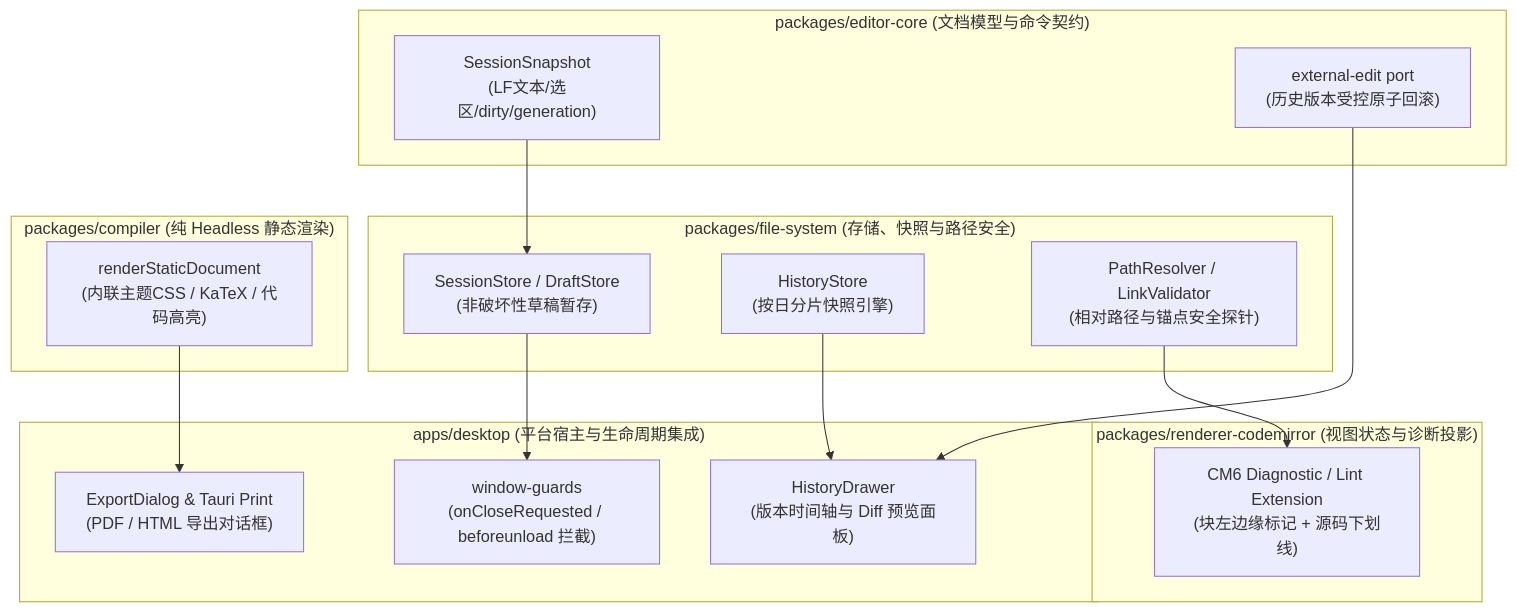
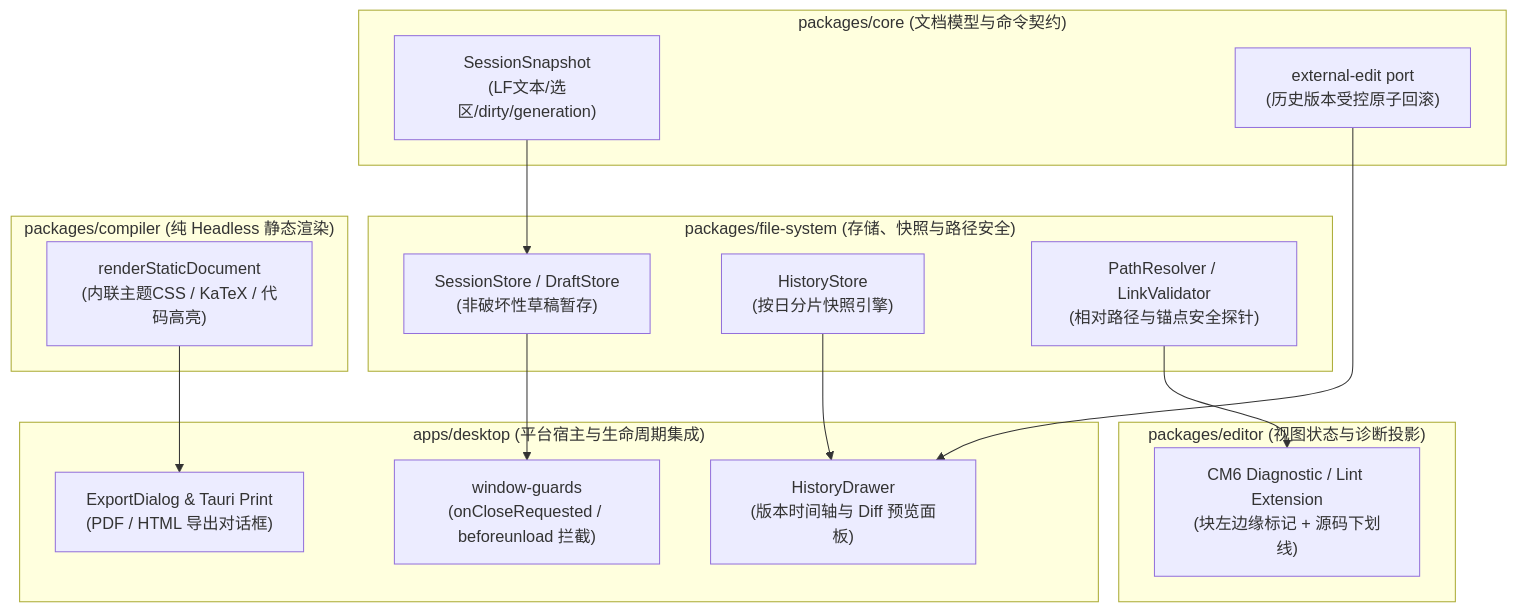
Before and after one commit to wmasfoe/md-editor: the first of 3 diagrams in docs/agent/architecture/vmark_remaining_features_technical_plan.md, drawn with Mermaid. The commit also changed other lines of this file and 528 other files, not shown here.

````diff
--- a/docs/agent/architecture/vmark_remaining_features_technical_plan.md
+++ b/docs/agent/architecture/vmark_remaining_features_technical_plan.md
@@ -21,34 +21,34 @@
 ```mermaid
 flowchart TD
   subgraph FS["packages/file-system (存储、快照与路径安全)"]
     SessionStore["SessionStore / DraftStore<br/>(非破坏性草稿暂存)"]
     HistoryStore["HistoryStore<br/>(按日分片快照引擎)"]
     LinkValidator["PathResolver / LinkValidator<br/>(相对路径与锚点安全探针)"]
   end
 
-  subgraph Core["packages/editor-core (文档模型与命令契约)"]
+  subgraph Core["packages/core (文档模型与命令契约)"]
     SessionSnapshot["SessionSnapshot<br/>(LF文本/选区/dirty/generation)"]
     ExternalEditPort["external-edit port<br/>(历史版本受控原子回滚)"]
   end
 
-  subgraph Renderer["packages/renderer-codemirror (视图状态与诊断投影)"]
+  subgraph Renderer["packages/editor (视图状态与诊断投影)"]
     LintExtension["CM6 Diagnostic / Lint Extension<br/>(块左边缘标记 + 源码下划线)"]
   end
 
   subgraph Compiler["packages/compiler (纯 Headless 静态渲染)"]
     StaticDocEmitter["renderStaticDocument<br/>(内联主题CSS / KaTeX / 代码高亮)"]
   end
 
   subgraph Desktop["apps/desktop (平台宿主与生命周期集成)"]
     WindowGuards["window-guards<br/>(onCloseRequested / beforeunload 拦截)"]
     ExportDialog["ExportDialog & Tauri Print<br/>(PDF / HTML 导出对话框)"]
     HistoryDrawer["HistoryDrawer<br/>(版本时间轴与 Diff 预览面板)"]
   end
 
   SessionStore --> WindowGuards
   SessionSnapshot --> SessionStore
   HistoryStore --> HistoryDrawer
   ExternalEditPort --> HistoryDrawer
   LinkValidator --> LintExtension
   StaticDocEmitter --> ExportDialog
 ```
````
